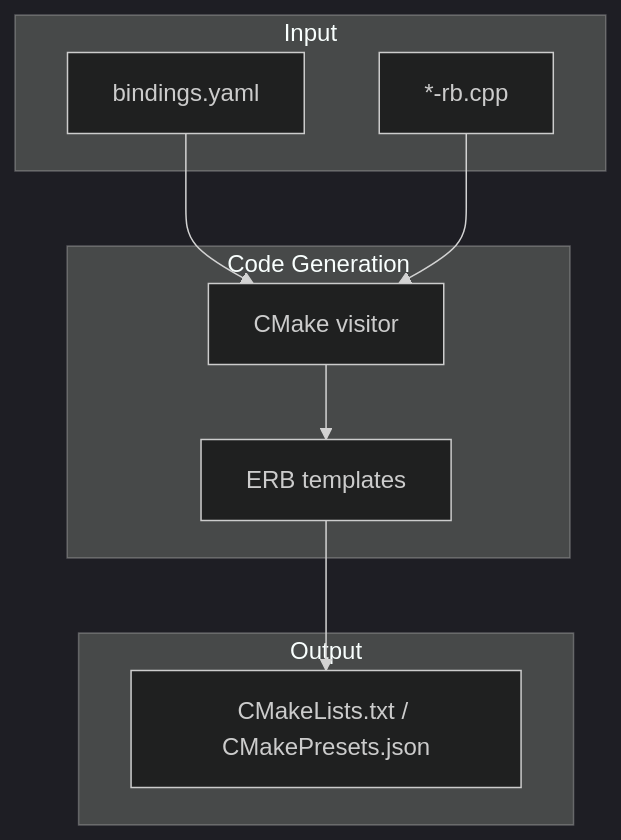
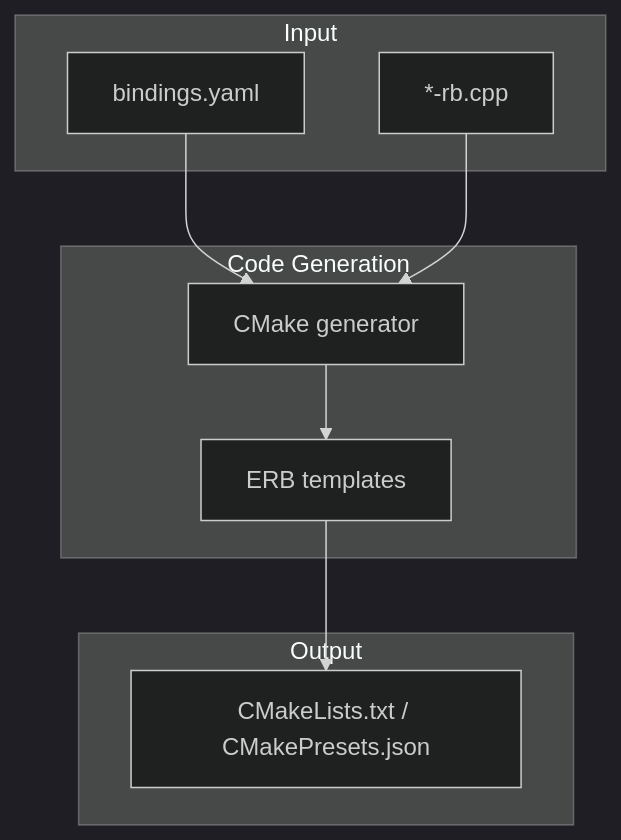
One commit to ruby-rice/ruby-bindgen changed the second of 2 diagrams in docs/architecture.md. Above: the diagram before and after it, drawn with Mermaid (dark theme). The commit also changed other lines of this file and 7 other files, not shown here.

````diff
--- a/docs/architecture.md
+++ b/docs/architecture.md
@@ -63,21 +63,21 @@
 ``` mermaid
 flowchart TD
     subgraph Input
         Y["bindings.yaml"]
         S["*-rb.cpp"]
     end
 
     subgraph "Code Generation"
-        V2["CMake visitor"]
+        V2["CMake generator"]
         ERB2["ERB templates"]
         V2 --> ERB2
     end
 
     subgraph Output
         F["CMakeLists.txt / CMakePresets.json"]
     end
 
     Y --> V2
     S --> V2
     ERB2 --> F
 ```
````
